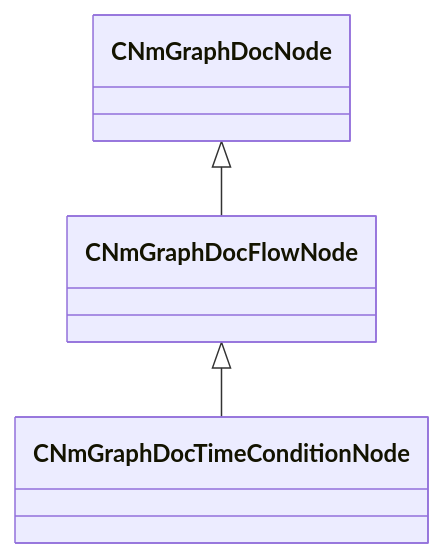
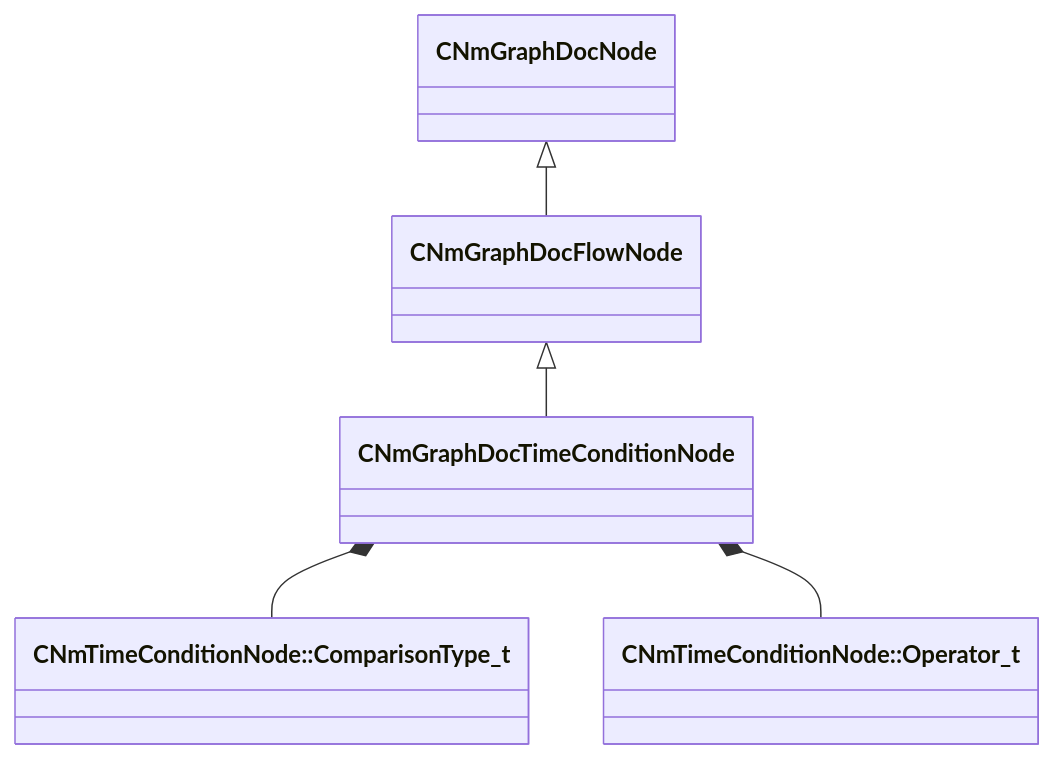
One commit to CS2OpenDev/CS2OpenDev-Docs changed the diagram in docs/generated/schemas/animdoclib/CNmGraphDocTimeConditionNode.md. Above: the diagram before and after it, drawn with Mermaid. The commit also changed other lines of this file and 4525 other files, not shown here.

````diff
--- a/docs/generated/schemas/animdoclib/CNmGraphDocTimeConditionNode.md
+++ b/docs/generated/schemas/animdoclib/CNmGraphDocTimeConditionNode.md
@@ -17,5 +19,7 @@
 ```mermaid
 classDiagram
     CNmGraphDocFlowNode <|-- CNmGraphDocTimeConditionNode
     CNmGraphDocNode <|-- CNmGraphDocFlowNode
+    CNmGraphDocTimeConditionNode *-- `CNmTimeConditionNode::ComparisonType_t`
+    CNmGraphDocTimeConditionNode *-- `CNmTimeConditionNode::Operator_t`
 ```
````
